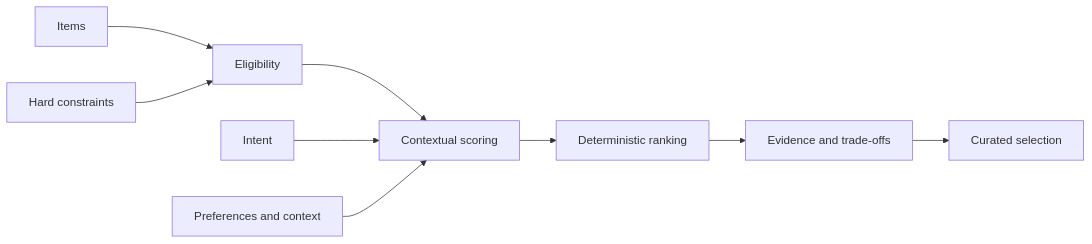
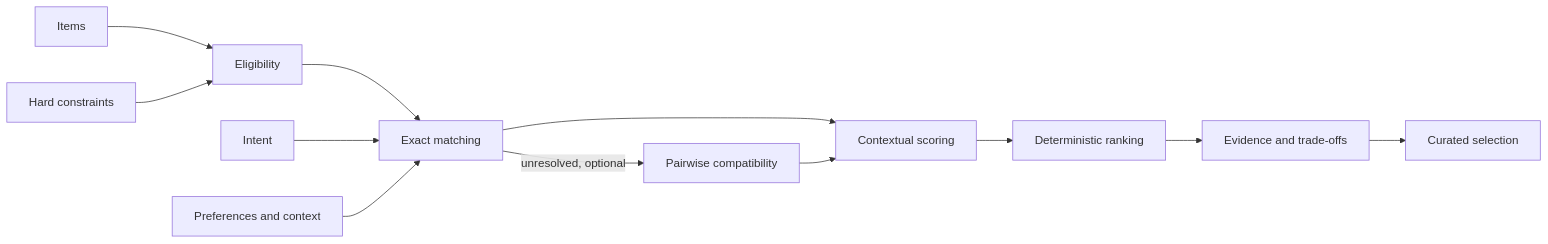
Before and after one commit to Gisellebarbieri/contextual-curation-engine: the diagram in README.md, drawn with Mermaid. The commit also changed other lines of this file and 7 other files, not shown here.

````diff
--- a/README.md
+++ b/README.md
@@ -91,11 +114,14 @@
 ```mermaid
 flowchart LR
     A[Items] --> E[Eligibility]
     B[Hard constraints] --> E
-    E --> S[Contextual scoring]
-    C[Intent] --> S
-    D[Preferences and context] --> S
+    E --> M[Exact matching]
+    C[Intent] --> M
+    D[Preferences and context] --> M
+    M -->|unresolved, optional| P[Pairwise compatibility]
+    M --> S[Contextual scoring]
+    P --> S
     S --> R[Deterministic ranking]
     R --> X[Evidence and trade-offs]
     X --> O[Curated selection]
 ```
````
